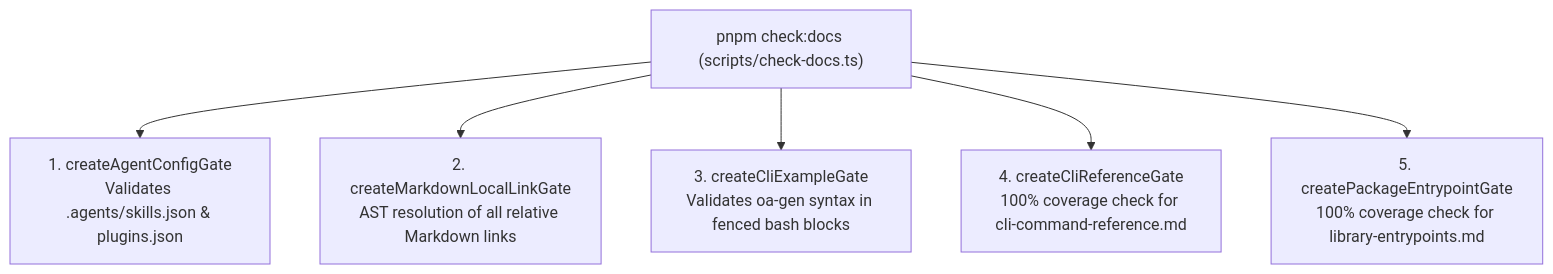
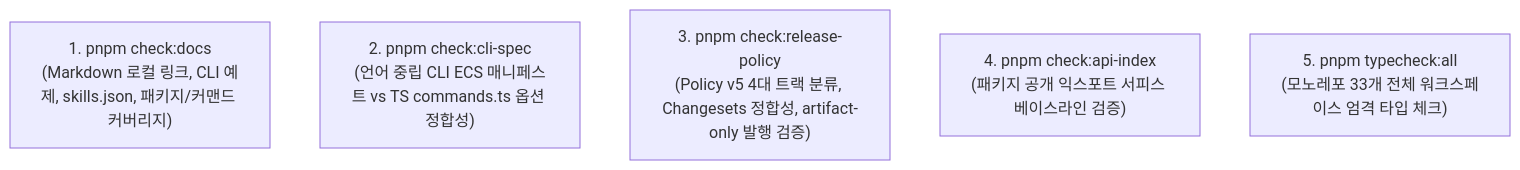
Before and after one commit to mineclover/oa-sdk: the third of 3 diagrams in .agents/skills/oa-governance/SKILL.md, drawn with Mermaid. The commit also changed other lines of this file and 44 other files, not shown here.

Commit message:
docs: deduplicate guides, modernize agent skills, and add empirical doc execution test suite

````diff
--- a/.agents/skills/oa-governance/SKILL.md
+++ b/.agents/skills/oa-governance/SKILL.md
@@ -428,16 +371,8 @@
 ```mermaid
 flowchart TD
-    Runner["pnpm check:docs (scripts/check-docs.ts)"]
-    
-    Gate1["1. createAgentConfigGate\nValidates .agents/skills.json & plugins.json"]
-    Gate2["2. createMarkdownLocalLinkGate\nAST resolution of all relative Markdown links"]
-    Gate3["3. createCliExampleGate\nValidates oa-gen syntax in fenced bash blocks"]
-    Gate4["4. createCliReferenceGate\n100% coverage check for cli-command-reference.md"]
-    Gate5["5. createPackageEntrypointGate\n100% coverage check for library-entrypoints.md"]
-    
-    Runner --> Gate1
-    Runner --> Gate2
-    Runner --> Gate3
-    Runner --> Gate4
-    Runner --> Gate5
+    G1["1. pnpm check:docs\n(Markdown 로컬 링크, CLI 예제, skills.json, 패키지/커맨드 커버리지)"]
+    G2["2. pnpm check:cli-spec\n(언어 중립 CLI ECS 매니페스트 vs TS commands.ts 옵션 정합성)"]
+    G3["3. pnpm check:release-policy\n(Policy v5 4대 트랙 분류, Changesets 정합성, artifact-only 발행 검증)"]
+    G4["4. pnpm check:api-index\n(패키지 공개 익스포트 서피스 베이스라인 검증)"]
+    G5["5. pnpm typecheck:all\n(모노레포 33개 전체 워크스페이스 엄격 타입 체크)"]
 ```
````
